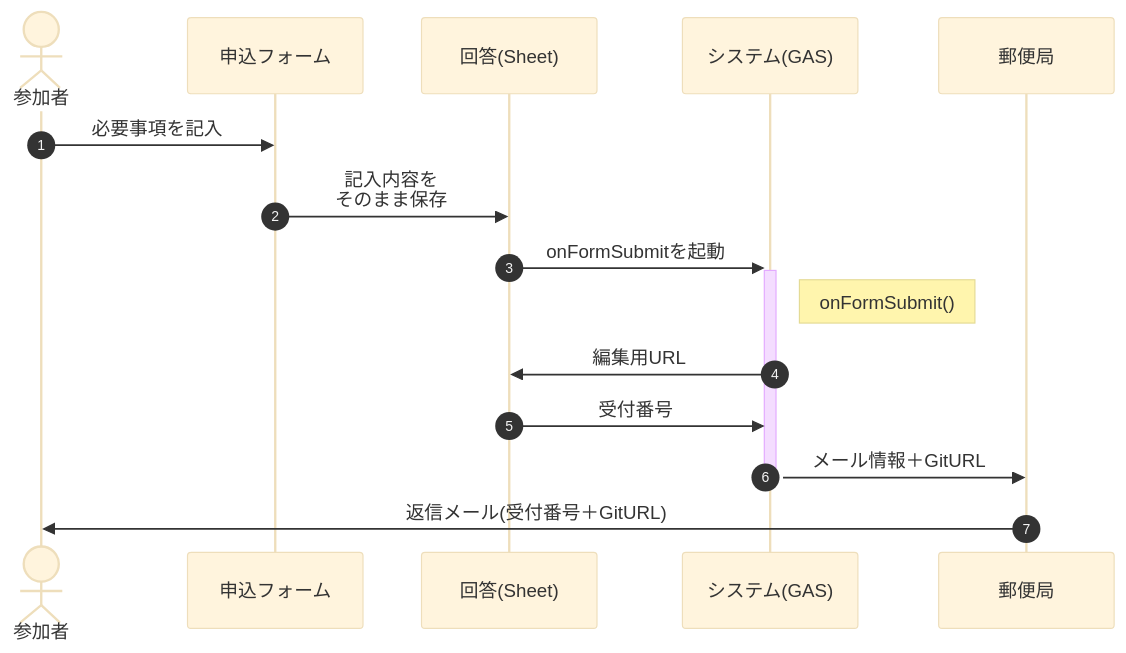
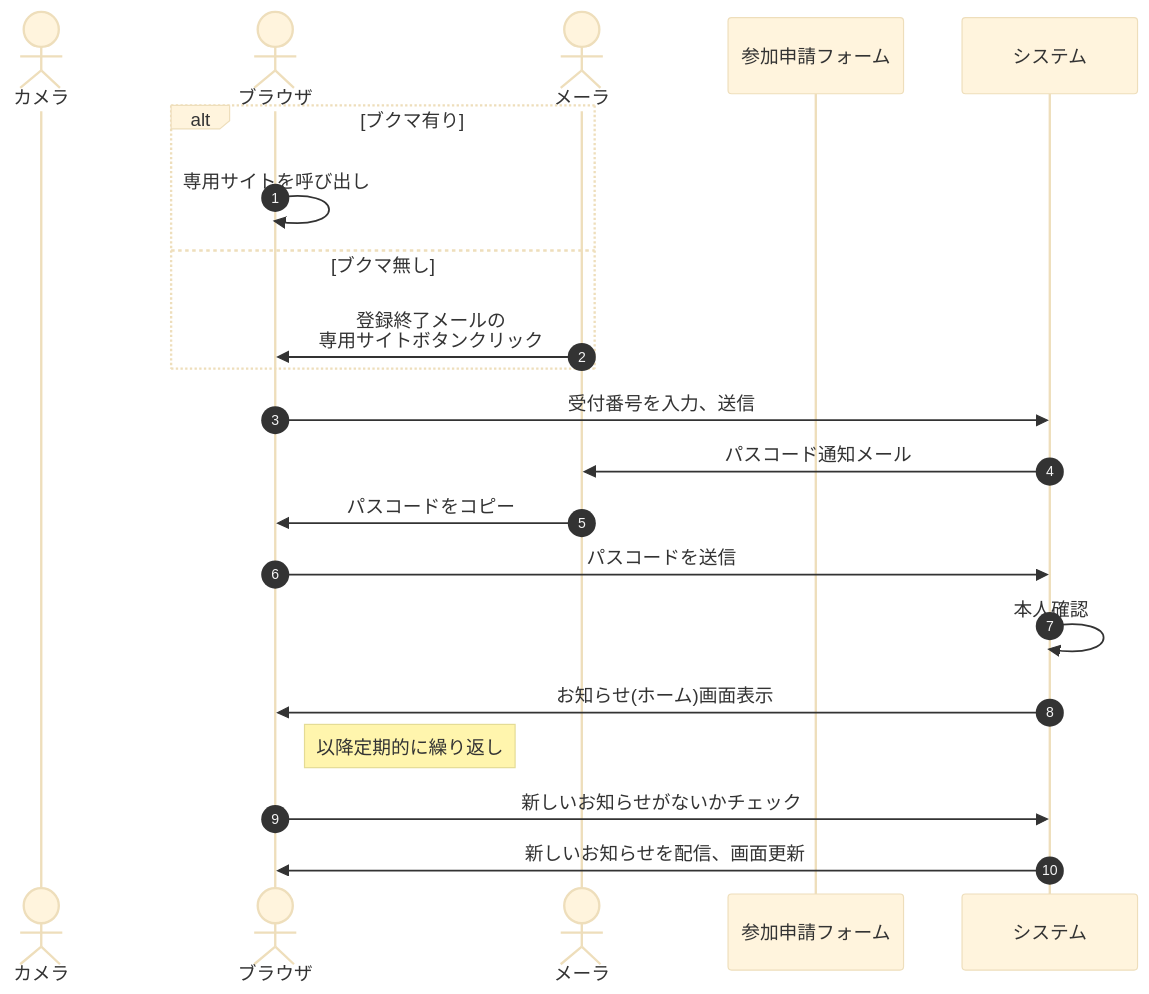
The second of 6 diagrams in README.md (nakaone/EventStaff), drawn with Mermaid (base theme) before and after one commit. The commit also changed other lines of this file and 1 other file, not shown here.

````diff
--- a/README.md
+++ b/README.md
@@ -141,20 +224,24 @@
 ```mermaid
-
 sequenceDiagram
   autonumber
-  actor guest as 参加者
-  participant form as 申込フォーム
-  participant answer as 回答(Sheet)
-  participant gas as システム(GAS)
-  participant post as 郵便局
+  actor camera as カメラ
+  actor browser as ブラウザ
+  actor mail as メーラ
+  participant form as 参加申請フォーム
+  participant system as システム
 
-  guest->>form    : 必要事項を記入
-  form->>answer   : 記入内容を<br>そのまま保存
-  answer->>+gas    : onFormSubmitを起動
-  Note right of gas: onFormSubmit()
-  gas->>answer : 編集用URL
-  answer->>gas : 受付番号
-  gas->>-post : メール情報＋GitURL
-  post->>guest : 返信メール(受付番号＋GitURL)
-
+  alt ブクマ有り
+    browser ->> browser : 専用サイトを呼び出し
+  else ブクマ無し
+    mail ->> browser  : 登録終了メールの<br>専用サイトボタンクリック
+  end
+  browser ->> system  : 受付番号を入力、送信
+  system ->> mail     : パスコード通知メール
+  mail ->> browser    : パスコードをコピー
+  browser ->> system  : パスコードを送信
+  system ->> system   : 本人確認
+  system ->> browser  : お知らせ(ホーム)画面表示
+  Note right of browser : 以降定期的に繰り返し
+  browser ->> system  : 新しいお知らせがないかチェック
+  system ->> browser  : 新しいお知らせを配信、画面更新
 ```
````
